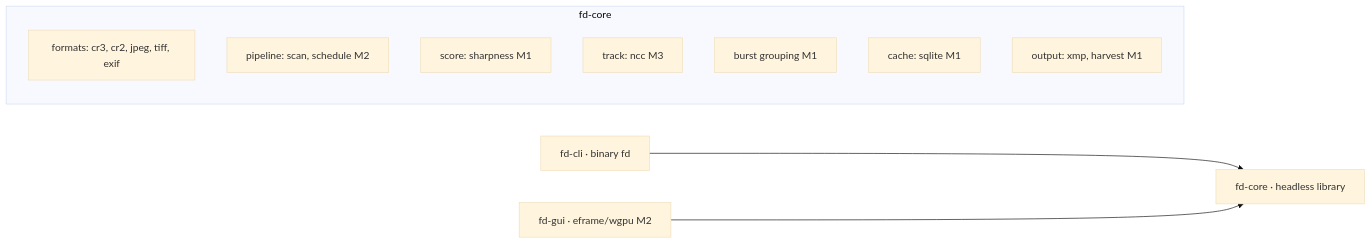
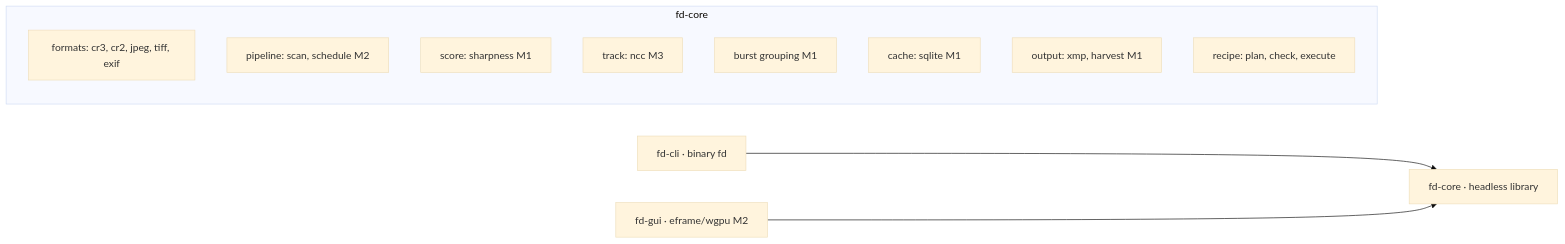
The first of 5 diagrams in ARCHITECTURE.md (pcmoan70/fast_deduplicator), drawn with Mermaid (base theme) before and after one commit. The commit also changed other lines of this file and 13 other files, not shown here.

````diff
--- a/ARCHITECTURE.md
+++ b/ARCHITECTURE.md
@@ -23,14 +24,15 @@
 ```mermaid
 graph LR
   CLI[fd-cli · binary fd] --> CORE[fd-core · headless library]
   GUI[fd-gui · eframe/wgpu M2] --> CORE
   subgraph fd-core
     F[formats: cr3, cr2, jpeg, tiff, exif]
     P[pipeline: scan, schedule M2]
     S[score: sharpness M1]
     T[track: ncc M3]
     B[burst grouping M1]
     C[cache: sqlite M1]
     O[output: xmp, harvest M1]
+    R[recipe: plan, check, execute]
   end
 ```
````
